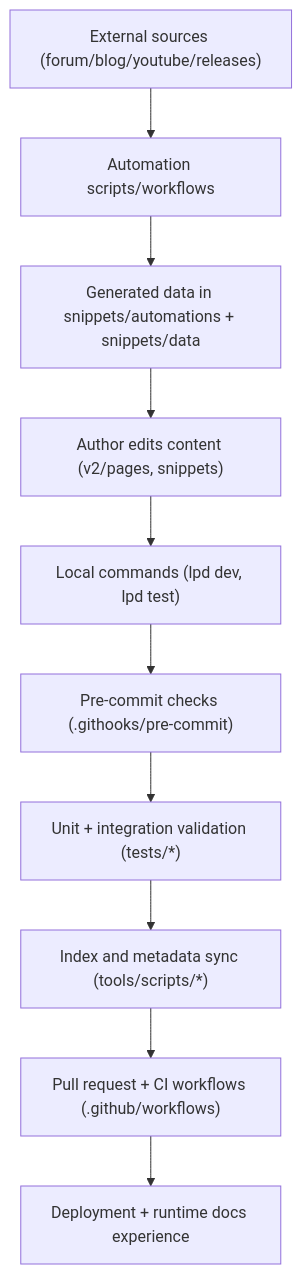
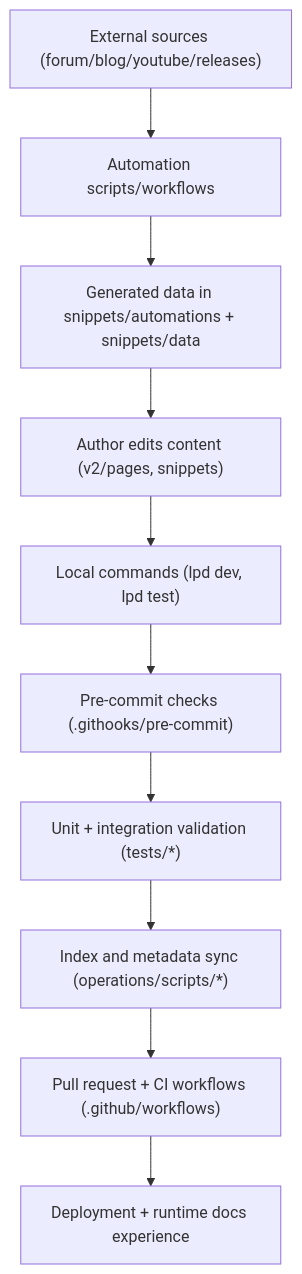
The diagram in docs-guide/features/architecture-map.mdx (its-DeFine/docs), drawn with Mermaid before and after one commit. The commit also changed other lines of this file and 1483 other files, not shown here.

````diff
--- a/docs-guide/features/architecture-map.mdx
+++ b/docs-guide/features/architecture-map.mdx
@@ -35,13 +35,13 @@
 ```mermaid
 flowchart TD
   A["Author edits content (v2/pages, snippets)"] --> B["Local commands (lpd dev, lpd test)"]
   B --> C["Pre-commit checks (.githooks/pre-commit)"]
   C --> D["Unit + integration validation (tests/*)"]
-  D --> E["Index and metadata sync (tools/scripts/*)"]
+  D --> E["Index and metadata sync (operations/scripts/*)"]
   E --> F["Pull request + CI workflows (.github/workflows)"]
   F --> G["Deployment + runtime docs experience"]
 
   H["External sources (forum/blog/youtube/releases)"] --> I["Automation scripts/workflows"]
   I --> J["Generated data in snippets/automations + snippets/data"]
   J --> A
 ```
````
